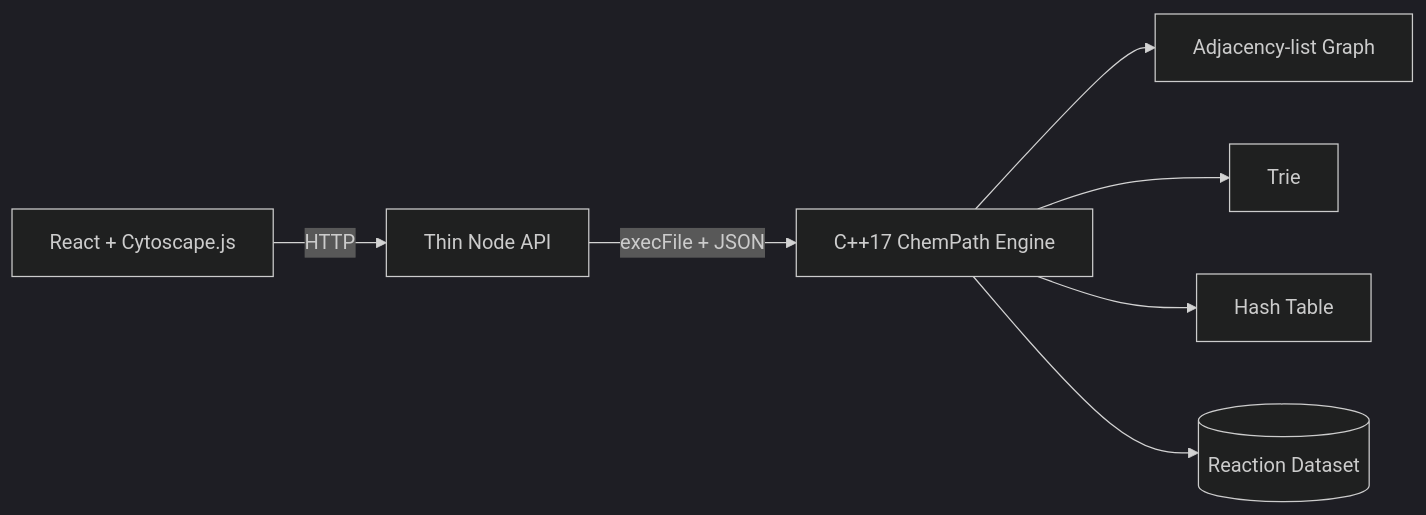
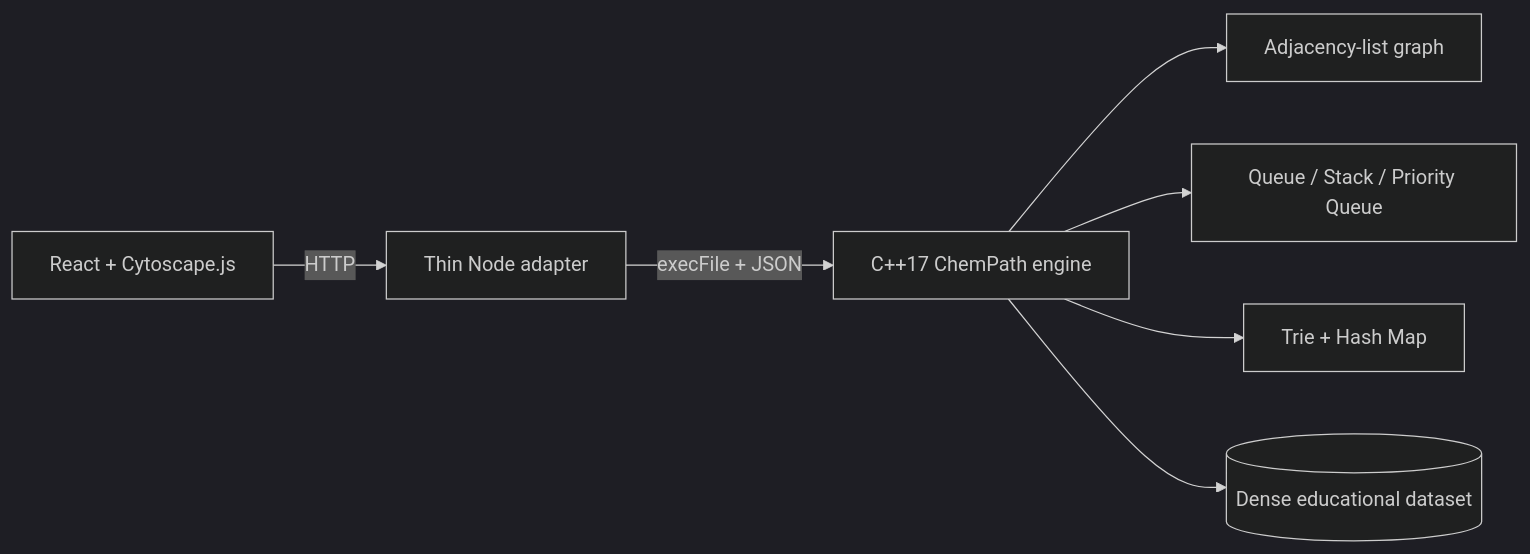
The diagram in README.md (parthdongre/ChemPath), drawn with Mermaid (dark theme) before and after one commit. The commit also changed other lines of this file and 12 other files, not shown here.

First line of the commit message:
Add dense graph and 10-second algorithm simulation

````diff
--- a/README.md
+++ b/README.md
@@ -32,9 +43,9 @@
 ```mermaid
 flowchart LR
-    UI[React + Cytoscape.js] -->|HTTP| API[Thin Node API]
-    API -->|execFile + JSON| CPP[C++17 ChemPath Engine]
-    CPP --> G[Adjacency-list Graph]
-    CPP --> T[Trie]
-    CPP --> H[Hash Table]
-    CPP --> D[(Reaction Dataset)]
+    UI[React + Cytoscape.js] -->|HTTP| API[Thin Node adapter]
+    API -->|execFile + JSON| CPP[C++17 ChemPath engine]
+    CPP --> G[Adjacency-list graph]
+    CPP --> Q[Queue / Stack / Priority Queue]
+    CPP --> T[Trie + Hash Map]
+    CPP --> D[(Dense educational dataset)]
 ```
````
